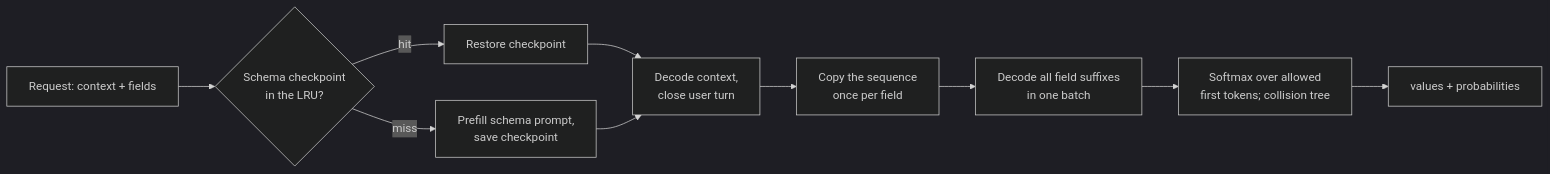
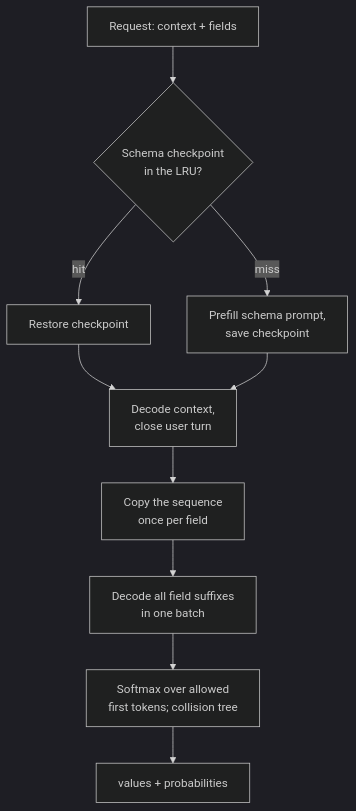
The first of 2 diagrams in src_docs/md/08-speed.md (fontlaborg/ornotto), drawn with Mermaid (dark theme) before and after one commit. The commit also changed other lines of this file and 10 other files, not shown here.

Commit message:
Make the diagrams legible and match the theme

````diff
--- a/src_docs/md/08-speed.md
+++ b/src_docs/md/08-speed.md
@@ -37,12 +37,13 @@
 ```mermaid
-flowchart LR
+%%{init: {"flowchart": {"useMaxWidth": false}}}%%
+flowchart TD
     A[Request: context + fields] --> B{Schema checkpoint<br>in the LRU?}
     B -- hit --> C[Restore checkpoint]
     B -- miss --> D[Prefill schema prompt,<br>save checkpoint]
     C --> E[Decode context,<br>close user turn]
     D --> E
     E --> F[Copy the sequence<br>once per field]
     F --> G[Decode all field suffixes<br>in one batch]
     G --> H[Softmax over allowed<br>first tokens; collision tree]
     H --> I[values + probabilities]
 ```
````
